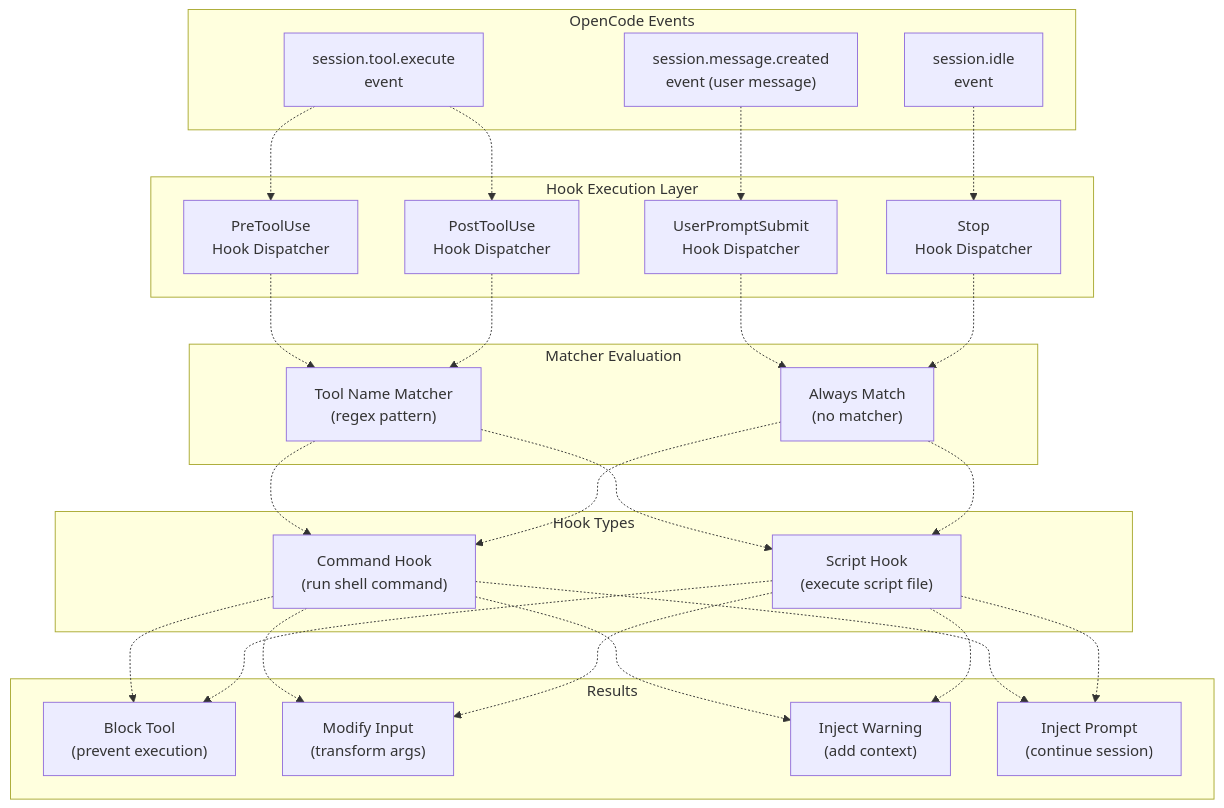
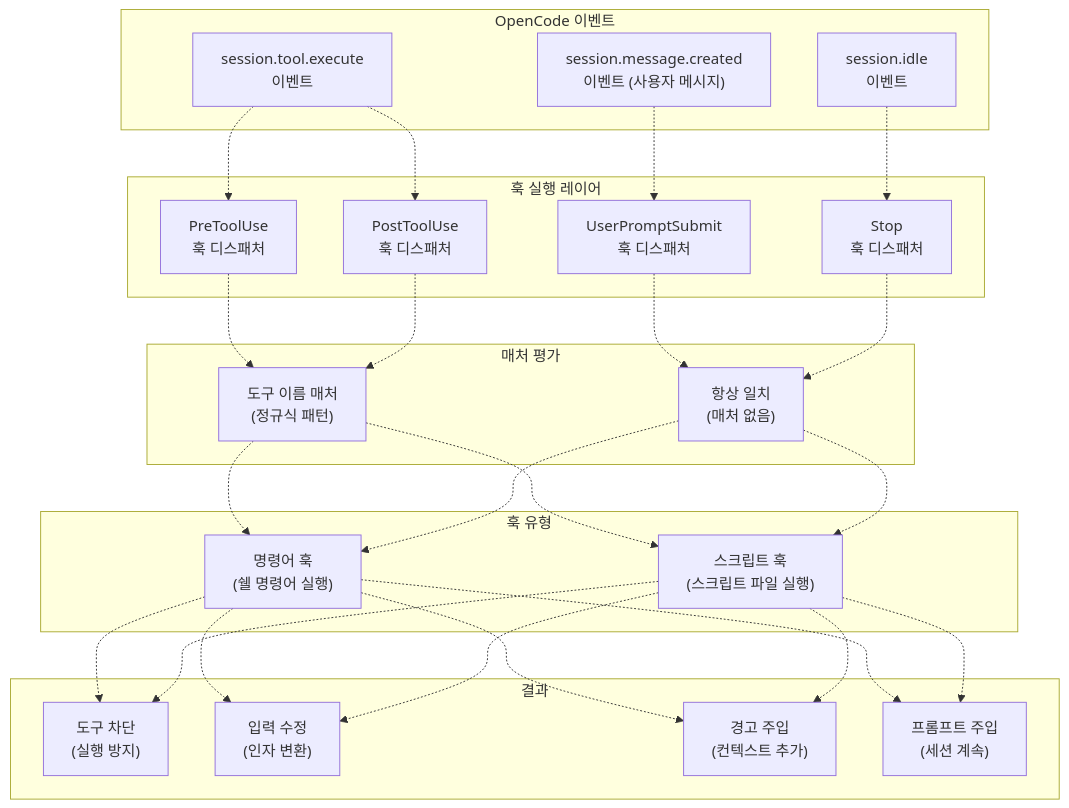
One commit to felipetruman/oh-my-opencode-docs changed the second of 4 diagrams in docs/compatibility/hooks-integration.md. Above: the diagram before and after it, drawn with Mermaid. The commit also changed other lines of this file and 76 other files, not shown here.

````diff
--- a/docs/compatibility/hooks-integration.md
+++ b/docs/compatibility/hooks-integration.md
@@ -120,70 +120,70 @@
 ```mermaid
 flowchart TD
 
-ToolExecute["session.tool.execute<br>event"]
-PromptEvent["session.message.created<br>event (user message)"]
-IdleEvent["session.idle<br>event"]
-PreToolDispatch["PreToolUse<br>Hook Dispatcher"]
-PostToolDispatch["PostToolUse<br>Hook Dispatcher"]
-PromptDispatch["UserPromptSubmit<br>Hook Dispatcher"]
-StopDispatch["Stop<br>Hook Dispatcher"]
-ToolMatcher["Tool Name Matcher<br>(regex pattern)"]
-AlwaysMatch["Always Match<br>(no matcher)"]
-CommandHook["Command Hook<br>(run shell command)"]
-ScriptHook["Script Hook<br>(execute script file)"]
-BlockTool["Block Tool<br>(prevent execution)"]
-ModifyInput["Modify Input<br>(transform args)"]
-InjectWarning["Inject Warning<br>(add context)"]
-InjectPrompt["Inject Prompt<br>(continue session)"]
+ToolExecute["session.tool.execute<br>이벤트"]
+PromptEvent["session.message.created<br>이벤트 (사용자 메시지)"]
+IdleEvent["session.idle<br>이벤트"]
+PreToolDispatch["PreToolUse<br>훅 디스패처"]
+PostToolDispatch["PostToolUse<br>훅 디스패처"]
+PromptDispatch["UserPromptSubmit<br>훅 디스패처"]
+StopDispatch["Stop<br>훅 디스패처"]
+ToolMatcher["도구 이름 매처<br>(정규식 패턴)"]
+AlwaysMatch["항상 일치<br>(매처 없음)"]
+CommandHook["명령어 훅<br>(쉘 명령어 실행)"]
+ScriptHook["스크립트 훅<br>(스크립트 파일 실행)"]
+BlockTool["도구 차단<br>(실행 방지)"]
+ModifyInput["입력 수정<br>(인자 변환)"]
+InjectWarning["경고 주입<br>(컨텍스트 추가)"]
+InjectPrompt["프롬프트 주입<br>(세션 계속)"]
 
 ToolExecute -.-> PreToolDispatch
 ToolExecute -.-> PostToolDispatch
 PromptEvent -.-> PromptDispatch
 IdleEvent -.-> StopDispatch
 PreToolDispatch -.-> ToolMatcher
 PostToolDispatch -.-> ToolMatcher
 PromptDispatch -.-> AlwaysMatch
 StopDispatch -.-> AlwaysMatch
 ToolMatcher -.-> CommandHook
 ToolMatcher -.-> ScriptHook
 AlwaysMatch -.-> CommandHook
 AlwaysMatch -.-> ScriptHook
 CommandHook -.-> BlockTool
 CommandHook -.-> ModifyInput
 CommandHook -.-> InjectWarning
 CommandHook -.-> InjectPrompt
 ScriptHook -.-> BlockTool
 ScriptHook -.-> ModifyInput
 ScriptHook -.-> InjectWarning
 ScriptHook -.-> InjectPrompt
 
-subgraph Results ["Results"]
+subgraph Results ["결과"]
     BlockTool
     ModifyInput
     InjectWarning
     InjectPrompt
 end
 
-subgraph subGraph3 ["Hook Types"]
+subgraph subGraph3 ["훅 유형"]
     CommandHook
     ScriptHook
 end
 
-subgraph subGraph2 ["Matcher Evaluation"]
+subgraph subGraph2 ["매처 평가"]
     ToolMatcher
     AlwaysMatch
 end
 
-subgraph subGraph1 ["Hook Execution Layer"]
+subgraph subGraph1 ["훅 실행 레이어"]
     PreToolDispatch
     PostToolDispatch
     PromptDispatch
     StopDispatch
 end
 
-subgraph subGraph0 ["OpenCode Events"]
+subgraph subGraph0 ["OpenCode 이벤트"]
     ToolExecute
     PromptEvent
     IdleEvent
 end
 ```
````
